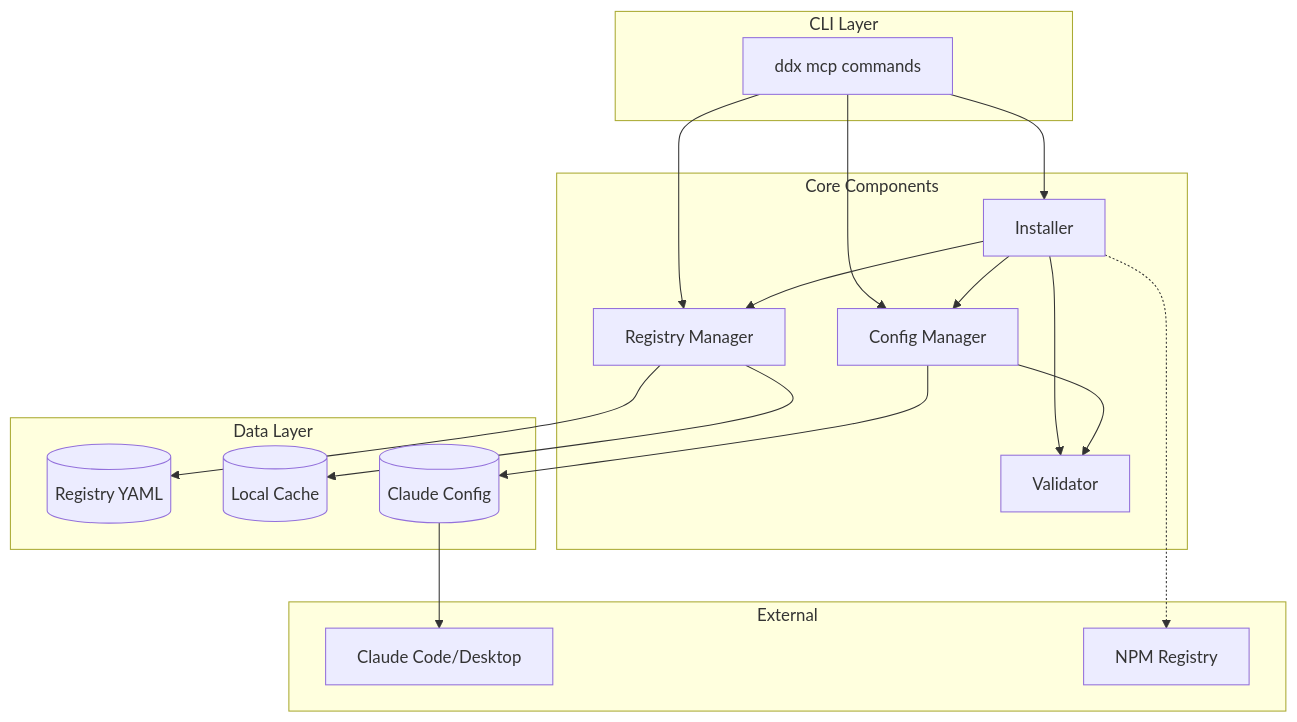
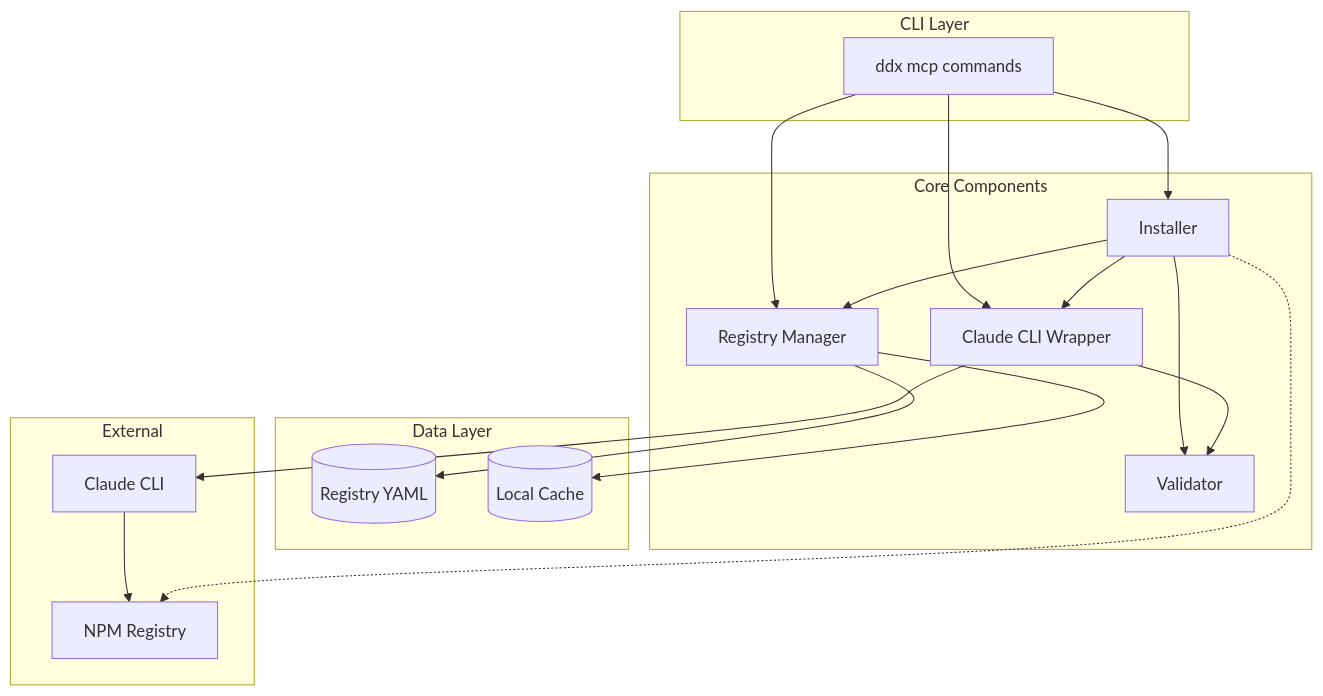
The first of 4 diagrams in docs/helix/02-design/solution-designs/SD-001-mcp-management.md (easel/ddx), drawn with Mermaid before and after one commit. The commit also changed other lines of this file and 16 other files, not shown here.

First line of the commit message:
feat: replace MCP config file manipulation with Claude CLI integration and add productivity servers

````diff
--- a/docs/helix/02-design/solution-designs/SD-001-mcp-management.md
+++ b/docs/helix/02-design/solution-designs/SD-001-mcp-management.md
@@ -40,41 +40,40 @@
 ```mermaid
 graph TB
     subgraph "CLI Layer"
-        CLI[ddx mcp commands]
+        DDX[ddx mcp commands]
     end
-    
+
     subgraph "Core Components"
         REG[Registry Manager]
         INST[Installer]
-        CFG[Config Manager]
+        WRAP[Claude CLI Wrapper]
         VAL[Validator]
     end
-    
+
     subgraph "Data Layer"
         YAML[(Registry YAML)]
         CACHE[(Local Cache)]
-        JSON[(Claude Config)]
     end
-    
+
     subgraph "External"
-        CLAUDE[Claude Code/Desktop]
+        CLAUDECLI[Claude CLI]
         NPM[NPM Registry]
     end
     
-    CLI --> REG
-    CLI --> INST
-    CLI --> CFG
-    
+    DDX --> REG
+    DDX --> INST
+    DDX --> WRAP
+
     REG --> YAML
     REG --> CACHE
-    
+
     INST --> REG
-    INST --> CFG
+    INST --> WRAP
     INST --> VAL
-    
-    CFG --> JSON
-    CFG --> VAL
-    
-    JSON --> CLAUDE
+
+    WRAP --> CLAUDECLI
+    WRAP --> VAL
+
+    CLAUDECLI --> NPM
     INST -.-> NPM
 ```
````
